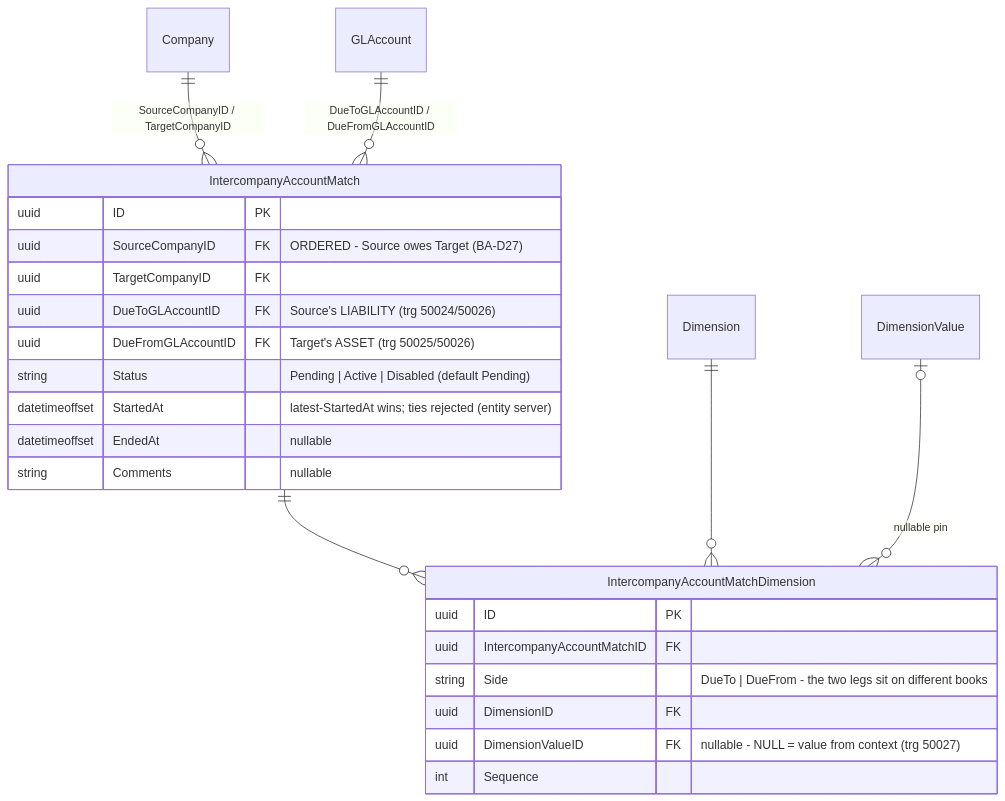
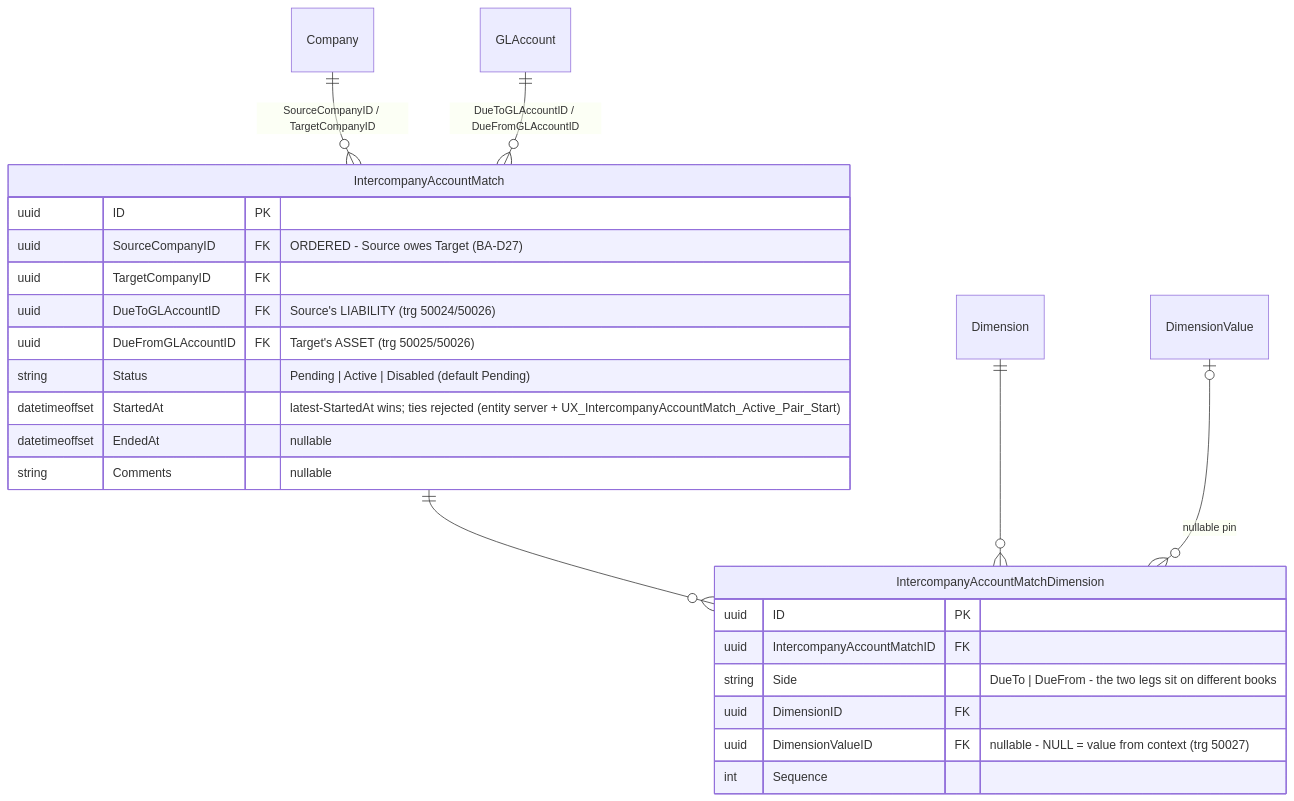
Before and after one commit to MemberJunction/bizapps-accounting: the fifth of 14 diagrams in docs/bizapps-accounting-erd.md, drawn with Mermaid. The commit also changed other lines of this file and 102 other files, not shown here.

Commit message:
feat(accounting): post-go-live hardening, ERP sync/posting safety, batch & lookup schema

````diff
--- a/docs/bizapps-accounting-erd.md
+++ b/docs/bizapps-accounting-erd.md
@@ -694,28 +721,28 @@
 ```mermaid
 erDiagram
     Company ||--o{ IntercompanyAccountMatch : "SourceCompanyID / TargetCompanyID"
     GLAccount ||--o{ IntercompanyAccountMatch : "DueToGLAccountID / DueFromGLAccountID"
     IntercompanyAccountMatch ||--o{ IntercompanyAccountMatchDimension : ""
     Dimension ||--o{ IntercompanyAccountMatchDimension : ""
     DimensionValue |o--o{ IntercompanyAccountMatchDimension : "nullable pin"
 
     IntercompanyAccountMatch {
         uuid ID PK
         uuid SourceCompanyID FK "ORDERED - Source owes Target (BA-D27)"
         uuid TargetCompanyID FK
         uuid DueToGLAccountID FK "Source's LIABILITY (trg 50024/50026)"
         uuid DueFromGLAccountID FK "Target's ASSET (trg 50025/50026)"
         string Status "Pending | Active | Disabled (default Pending)"
-        datetimeoffset StartedAt "latest-StartedAt wins; ties rejected (entity server)"
+        datetimeoffset StartedAt "latest-StartedAt wins; ties rejected (entity server + UX_IntercompanyAccountMatch_Active_Pair_Start)"
         datetimeoffset EndedAt "nullable"
         string Comments "nullable"
     }
     IntercompanyAccountMatchDimension {
         uuid ID PK
         uuid IntercompanyAccountMatchID FK
         string Side "DueTo | DueFrom - the two legs sit on different books"
         uuid DimensionID FK
         uuid DimensionValueID FK "nullable - NULL = value from context (trg 50027)"
         int Sequence
     }
 ```
````
